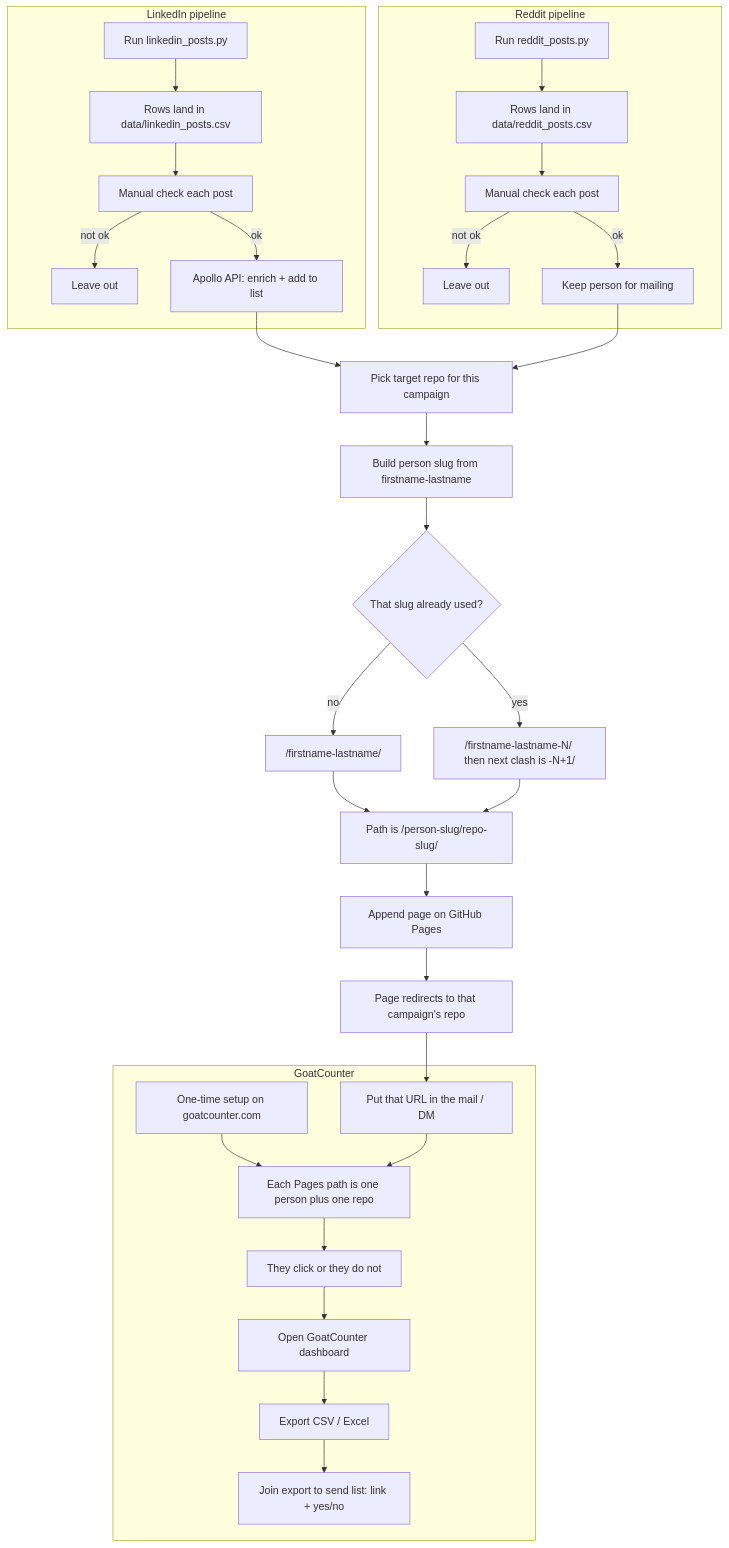
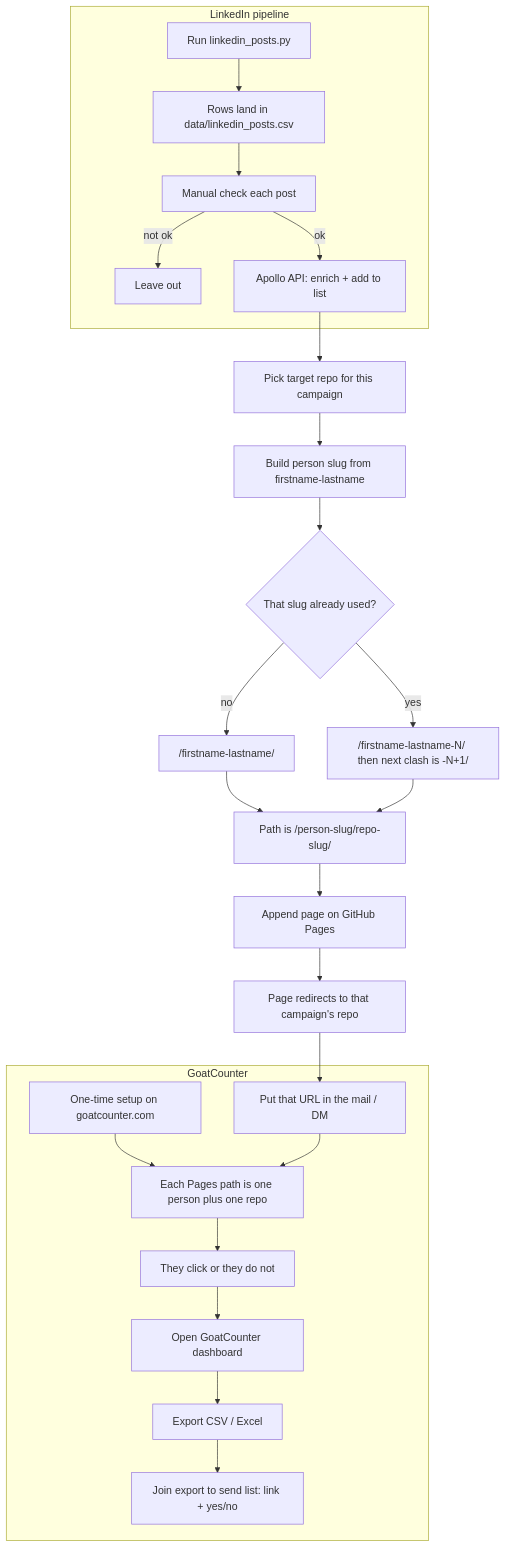
One commit to 1024-m/Apollo-GTM-Leads-agent changed the diagram in flowchart.md. Above: the diagram before and after it, drawn with Mermaid. The commit also changed 74 other files, not shown here.

````diff
--- a/flowchart.md
+++ b/flowchart.md
@@ -3,38 +3,30 @@
 ```mermaid
 flowchart TD
   subgraph P1["LinkedIn pipeline"]
     L1[Run linkedin_posts.py] --> L2[Rows land in data/linkedin_posts.csv]
     L2 --> L3[Manual check each post]
     L3 -->|not ok| L4[Leave out]
     L3 -->|ok| L5[Apollo API: enrich + add to list]
   end
 
-  subgraph P2["Reddit pipeline"]
-    R1[Run reddit_posts.py] --> R2[Rows land in data/reddit_posts.csv]
-    R2 --> R3[Manual check each post]
-    R3 -->|not ok| R4[Leave out]
-    R3 -->|ok| R5[Keep person for mailing]
-  end
-
   L5 --> M1[Pick target repo for this campaign]
-  R5 --> M1
   M1 --> M2[Build person slug from firstname-lastname]
   M2 --> M3{That slug already used?}
   M3 -->|no| M4["/firstname-lastname/"]
   M3 -->|yes| M5["/firstname-lastname-N/ then next clash is -N+1/"]
   M4 --> M6["Path is /person-slug/repo-slug/"]
   M5 --> M6
   M6 --> M7[Append page on GitHub Pages]
   M7 --> M8[Page redirects to that campaign's repo]
   M8 --> M9[Put that URL in the mail / DM]
 
   subgraph P3["GoatCounter"]
     G1[One-time setup on goatcounter.com]
     G1 --> G2[Each Pages path is one person plus one repo]
     M9 --> G2
     G2 --> G3[They click or they do not]
     G3 --> G4[Open GoatCounter dashboard]
     G4 --> G5[Export CSV / Excel]
     G5 --> G6[Join export to send list: link + yes/no]
   end
 ```
````
